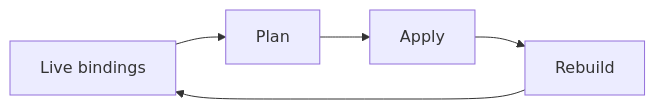
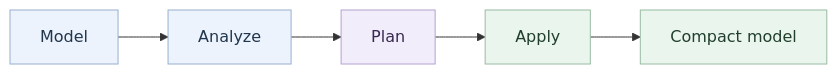
Before and after one commit to ZaberKo/torch-kirigami: the diagram in docs/architecture.md, drawn with Mermaid. The commit also changed other lines of this file and 43 other files, not shown here.

````diff
--- a/docs/architecture.md
+++ b/docs/architecture.md
@@ -93,7 +12,10 @@
 ```mermaid
 flowchart LR
-    Bound["Live bindings"] --> Plan["Plan"]
-    Plan --> Apply["Apply"]
-    Apply --> Rebuild["Rebuild"]
-    Rebuild --> Bound
+    model["Model"] --> analysis["Analyze"] --> planning["Plan"] --> changes["Apply"] --> compact["Compact model"]
+    classDef analysis fill:#edf3fd,stroke:#97afd0,color:#20364d
+    classDef planning fill:#f1edfa,stroke:#b4a2d0,color:#38284f
+    classDef mutation fill:#eaf5ee,stroke:#98bba3,color:#213f2c
+    class model,analysis analysis
+    class planning planning
+    class changes,compact mutation
 ```
````
